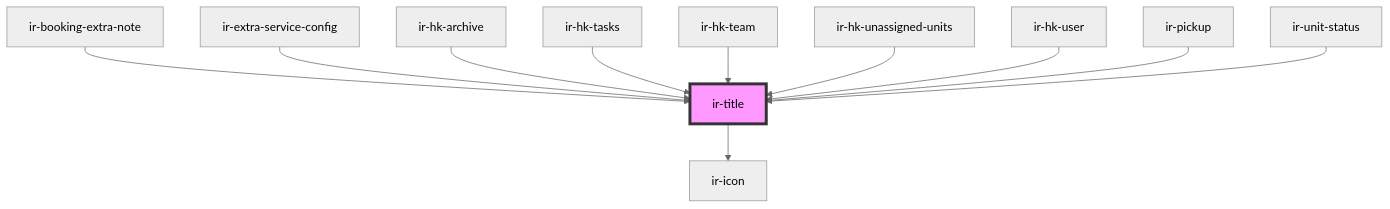
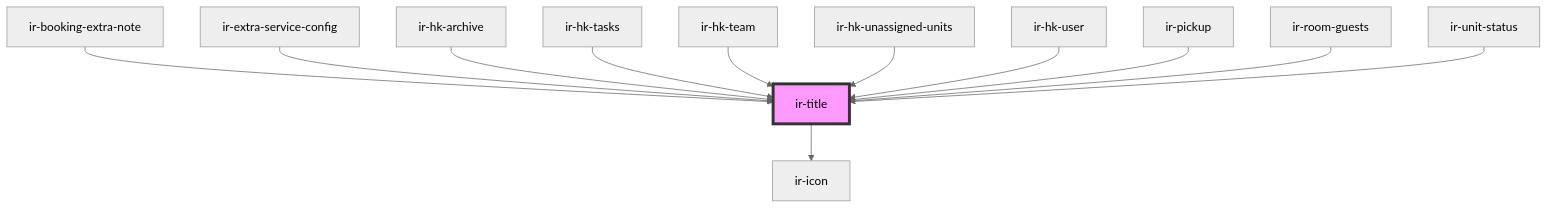
One commit to David1Chowaifaty/modified-ir-webcmp changed the diagram in src/components/ir-title/readme.md. Above: the diagram before and after it, drawn with Mermaid (neutral theme). The commit also changed other lines of this file and 28 other files, not shown here.

````diff
--- a/src/components/ir-title/readme.md
+++ b/src/components/ir-title/readme.md
@@ -43,14 +44,15 @@
 ```mermaid
 graph TD;
   ir-title --> ir-icon
   ir-booking-extra-note --> ir-title
   ir-extra-service-config --> ir-title
   ir-hk-archive --> ir-title
   ir-hk-tasks --> ir-title
   ir-hk-team --> ir-title
   ir-hk-unassigned-units --> ir-title
   ir-hk-user --> ir-title
   ir-pickup --> ir-title
+  ir-room-guests --> ir-title
   ir-unit-status --> ir-title
   style ir-title fill:#f9f,stroke:#333,stroke-width:4px
 ```
````
